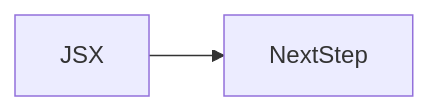
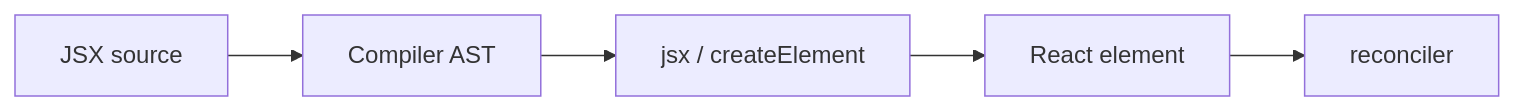
The first of 2 diagrams in docs/en/08-jsx-and-react-runtime/jsx/index.md (OmidJavaherii/Frontend-Engineering-Handbook), drawn with Mermaid before and after one commit. The commit also changed other lines of this file and 461 other files, not shown here.

````diff
--- a/docs/en/08-jsx-and-react-runtime/jsx/index.md
+++ b/docs/en/08-jsx-and-react-runtime/jsx/index.md
@@ -96,4 +57,7 @@
 ```mermaid
 flowchart LR
-  concept[JSX] --> nextStep[NextStep]
+  JSX[JSX source] --> AST[Compiler AST]
+  AST --> Call[jsx / createElement]
+  Call --> El[React element]
+  El --> Reconcile[reconciler]
 ```
````
